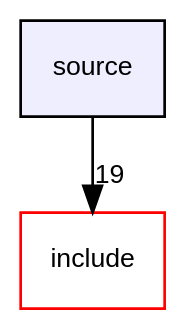
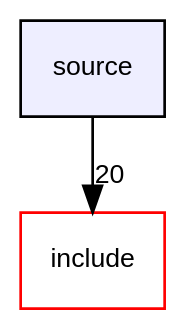
The diagram in dir_b2f33c71d4aa5e7af42a1ca61ff5af1b_dep.dot (luca-heltai/fsi-suite), drawn with Graphviz before and after one commit. The commit also changed 1088 other files, not shown here.

```diff
--- a/dir_b2f33c71d4aa5e7af42a1ca61ff5af1b_dep.dot
+++ b/dir_b2f33c71d4aa5e7af42a1ca61ff5af1b_dep.dot
@@ -1,9 +1,9 @@
 digraph "source" {
   bgcolor=transparent;
   compound=true
   node [ fontsize="10", fontname="Helvetica"];
   edge [ labelfontsize="10", labelfontname="Helvetica"];
   dir_b2f33c71d4aa5e7af42a1ca61ff5af1b [shape=box, label="source", style="filled", fillcolor="#eeeeff", pencolor="black", URL="dir_b2f33c71d4aa5e7af42a1ca61ff5af1b.html"];
   dir_d44c64559bbebec7f509842c48db8b23 [shape=box label="include" color="red" URL="dir_d44c64559bbebec7f509842c48db8b23.html"];
-  dir_b2f33c71d4aa5e7af42a1ca61ff5af1b->dir_d44c64559bbebec7f509842c48db8b23 [headlabel="19", labeldistance=1.5 headhref="dir_000005_000002.html"];
+  dir_b2f33c71d4aa5e7af42a1ca61ff5af1b->dir_d44c64559bbebec7f509842c48db8b23 [headlabel="20", labeldistance=1.5 headhref="dir_000005_000002.html"];
 }
```
